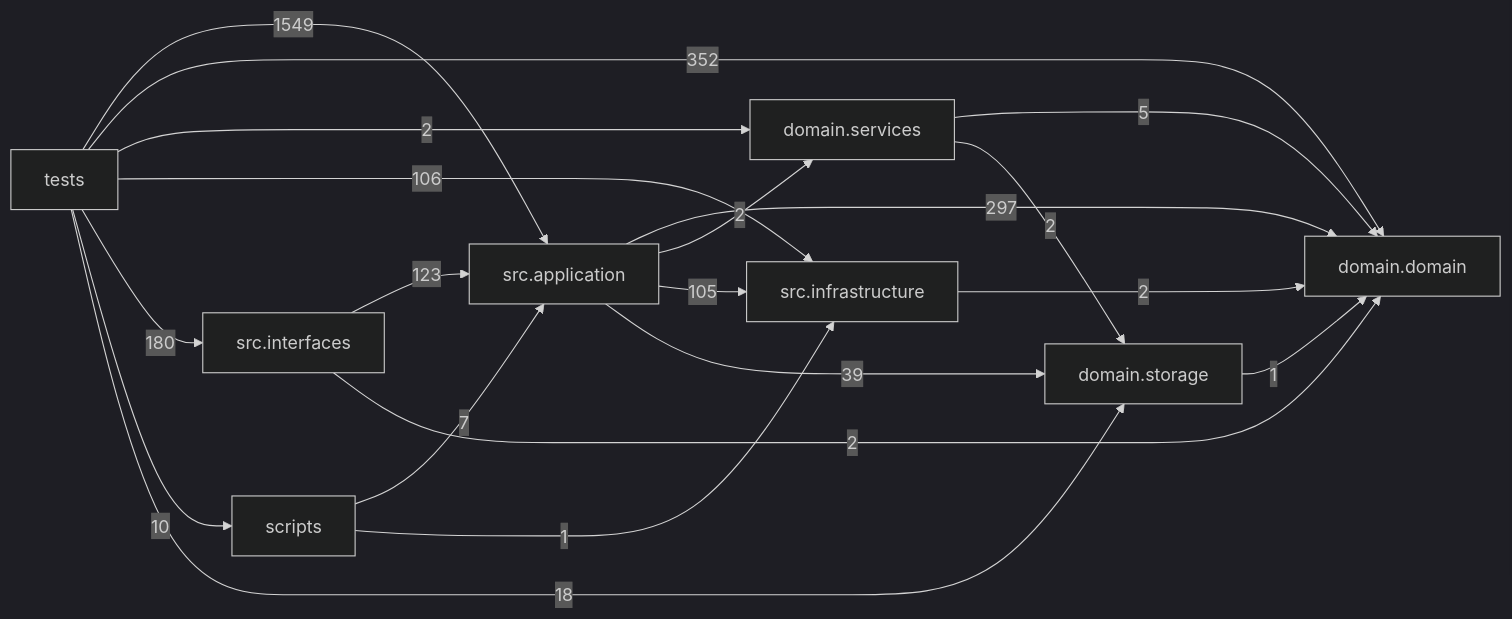
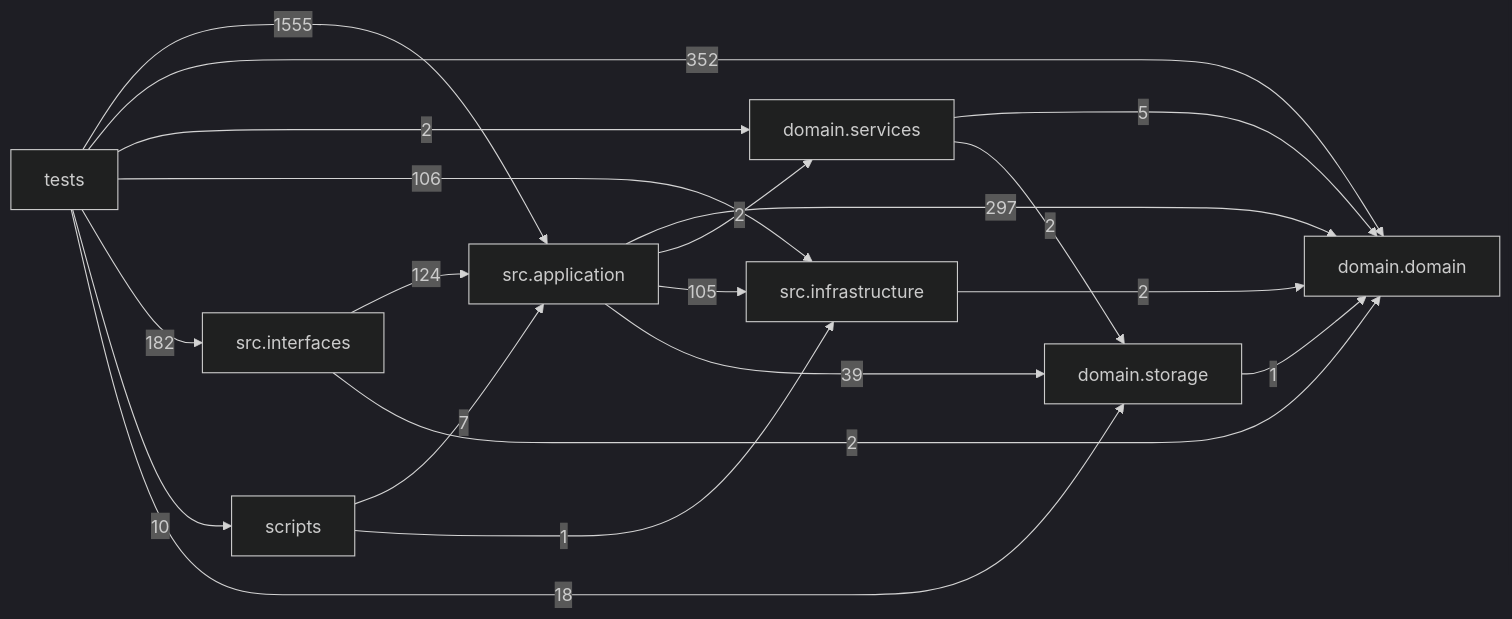
The diagram in docs/DEPENDENCY_GRAPH.md (liuxie066/options-monitor), drawn with Mermaid (dark theme) before and after one commit. The commit also changed other lines of this file and 3 other files, not shown here.

````diff
--- a/docs/DEPENDENCY_GRAPH.md
+++ b/docs/DEPENDENCY_GRAPH.md
@@ -24,30 +24,30 @@
 ```mermaid
 flowchart LR
   tests["tests"]
   scripts["scripts"]
   interfaces["src.interfaces"]
   application["src.application"]
   infrastructure["src.infrastructure"]
   domain_services["domain.services"]
   domain["domain.domain"]
   storage["domain.storage"]
   application -->|297| domain
   application -->|2| domain_services
   application -->|105| infrastructure
   application -->|39| storage
   domain_services -->|5| domain
   domain_services -->|2| storage
   infrastructure -->|2| domain
-  interfaces -->|123| application
+  interfaces -->|124| application
   interfaces -->|2| domain
   scripts -->|7| application
   scripts -->|1| infrastructure
   storage -->|1| domain
-  tests -->|1549| application
+  tests -->|1555| application
   tests -->|352| domain
   tests -->|2| domain_services
   tests -->|106| infrastructure
-  tests -->|180| interfaces
+  tests -->|182| interfaces
   tests -->|10| scripts
   tests -->|18| storage
 ```
````
